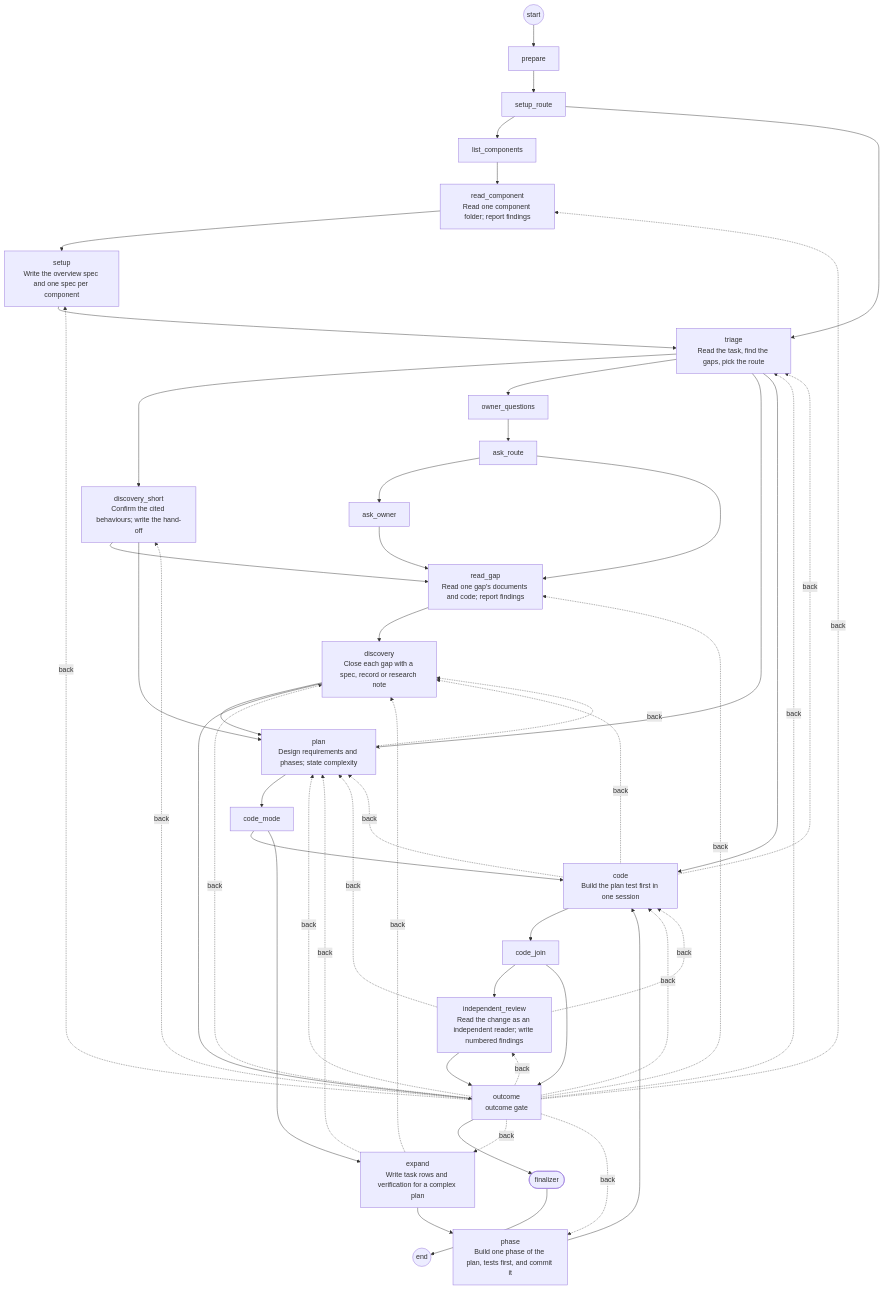
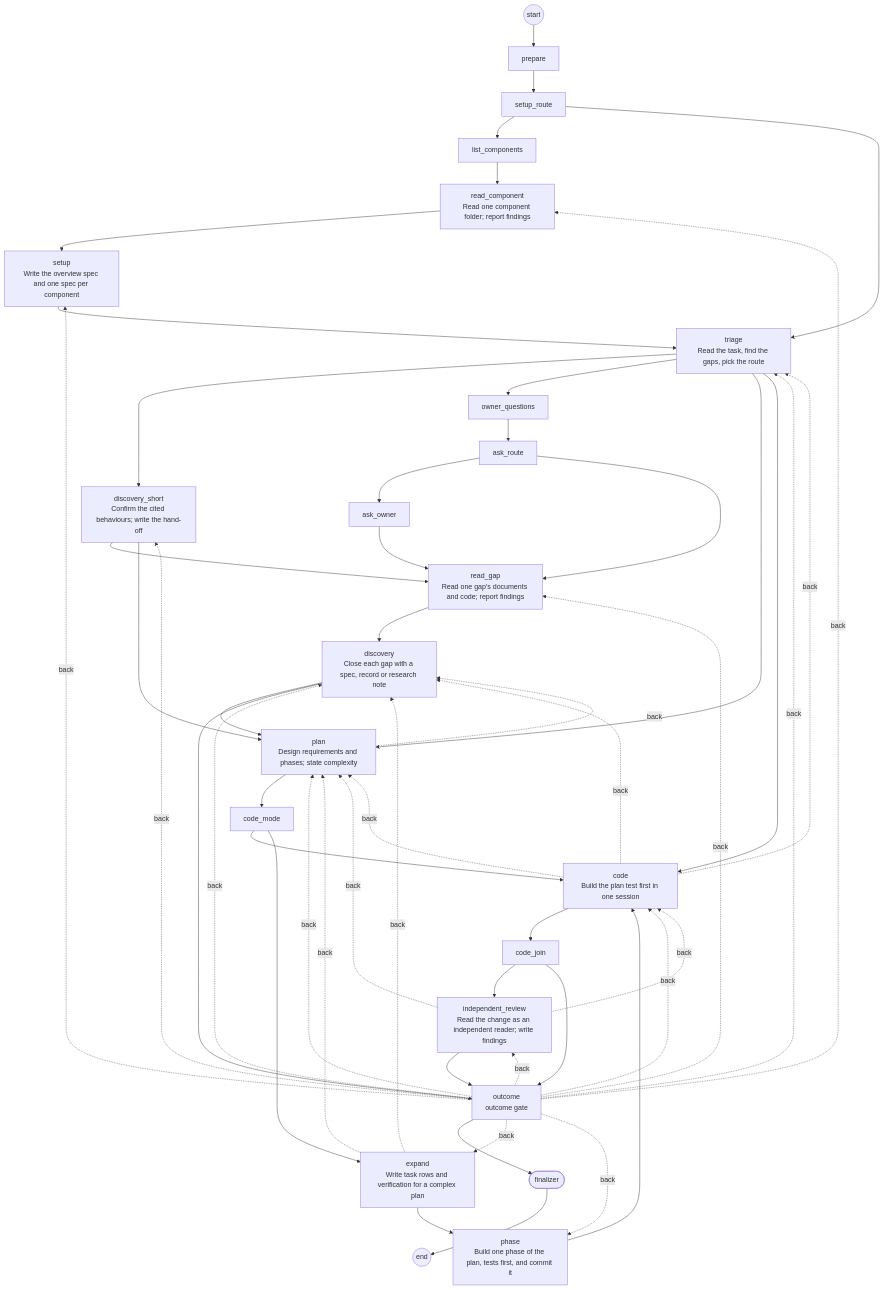
The diagram in plugins/temperspec-tgraph/diagram/workflow.md (dbr0vskyi/tempergraph), drawn with Mermaid before and after one commit. The commit also changed 25 other files, not shown here.

````diff
--- a/plugins/temperspec-tgraph/diagram/workflow.md
+++ b/plugins/temperspec-tgraph/diagram/workflow.md
@@ -1,77 +1,77 @@
 ```mermaid
 flowchart TD
   start((start))
   u0["prepare"]
   u1["setup_route"]
   u2["list_components"]
   u3["read_component<br/>Read one component folder; report findings"]
   u4["setup<br/>Write the overview spec and one spec per component"]
   u5["triage<br/>Read the task, find the gaps, pick the route"]
   u6["discovery_short<br/>Confirm the cited behaviours; write the hand-off"]
   u7["owner_questions"]
   u8["ask_route"]
   u9["ask_owner"]
   u10["read_gap<br/>Read one gap's documents and code; report findings"]
   u11["discovery<br/>Close each gap with a spec, record or research note"]
   u12["plan<br/>Design requirements and phases; state complexity"]
   u13["code_mode"]
   u14["expand<br/>Write task rows and verification for a complex plan"]
   u15["phase<br/>Build one phase of the plan, tests first, and commit it"]
   u16["code<br/>Build the plan test first in one session"]
   u17["code_join"]
-  u18["independent_review<br/>Read the change as an independent reader; write numbered findings"]
+  u18["independent_review<br/>Read the change as an independent reader; write findings"]
   u19["outcome<br/>outcome gate"]
   fin([finalizer])
   stop((end))
   start --> u0
   u0 --> u1
   u1 --> u2
   u1 --> u5
   u2 --> u3
   u3 --> u4
   u4 --> u5
   u5 --> u6
   u5 --> u7
   u5 --> u12
   u5 --> u16
   u6 --> u10
   u6 --> u12
   u7 --> u8
   u8 --> u9
   u8 --> u10
   u9 --> u10
   u10 --> u11
   u11 --> u12
   u11 --> u19
   u12 --> u13
   u12 -.->|back| u11
   u13 --> u16
   u13 --> u14
   u14 --> u15
   u14 -.->|back| u12
   u14 -.->|back| u11
   u15 --> u16
   u16 --> u17
   u16 -.->|back| u12
   u16 -.->|back| u11
   u16 -.->|back| u5
   u17 --> u18
   u17 --> u19
   u18 --> u19
   u18 -.->|back| u12
   u18 -.->|back| u16
   u19 --> fin
   u19 -.->|back| u3
   u19 -.->|back| u4
   u19 -.->|back| u5
   u19 -.->|back| u6
   u19 -.->|back| u10
   u19 -.->|back| u11
   u19 -.->|back| u12
   u19 -.->|back| u14
   u19 -.->|back| u15
   u19 -.->|back| u16
   u19 -.->|back| u18
   fin --> stop
 
 ```
````
